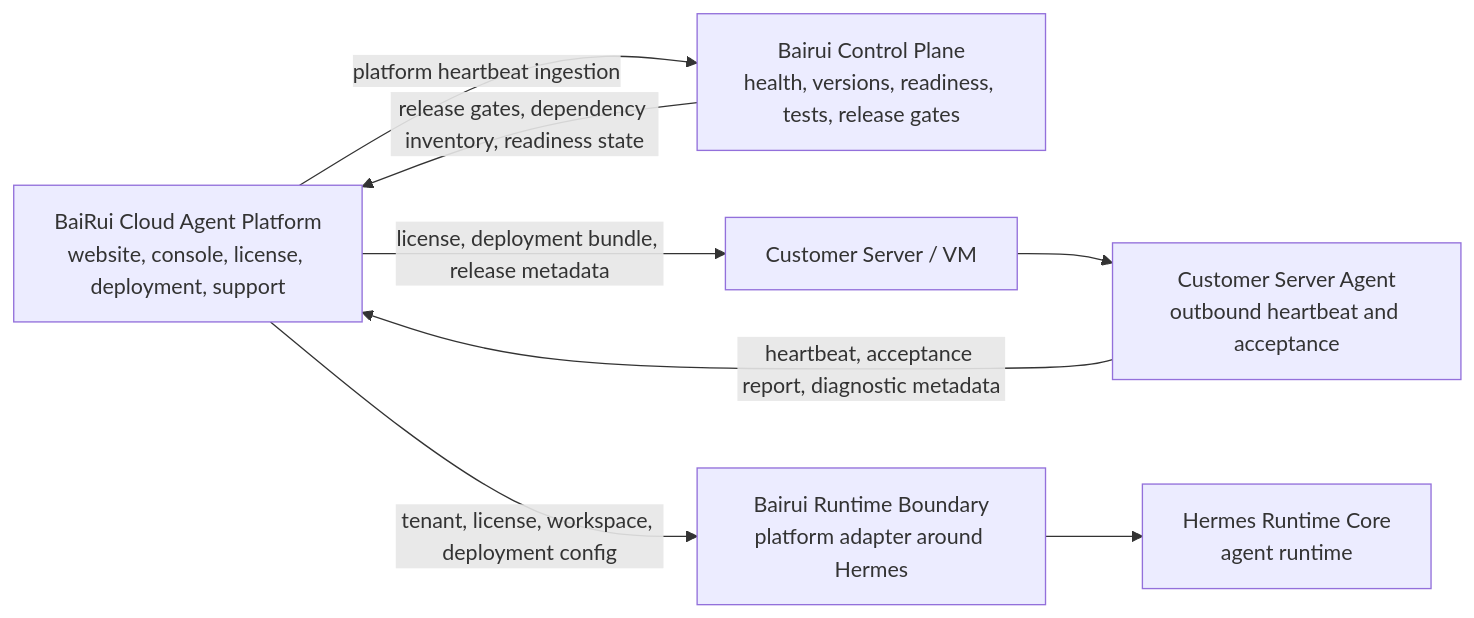
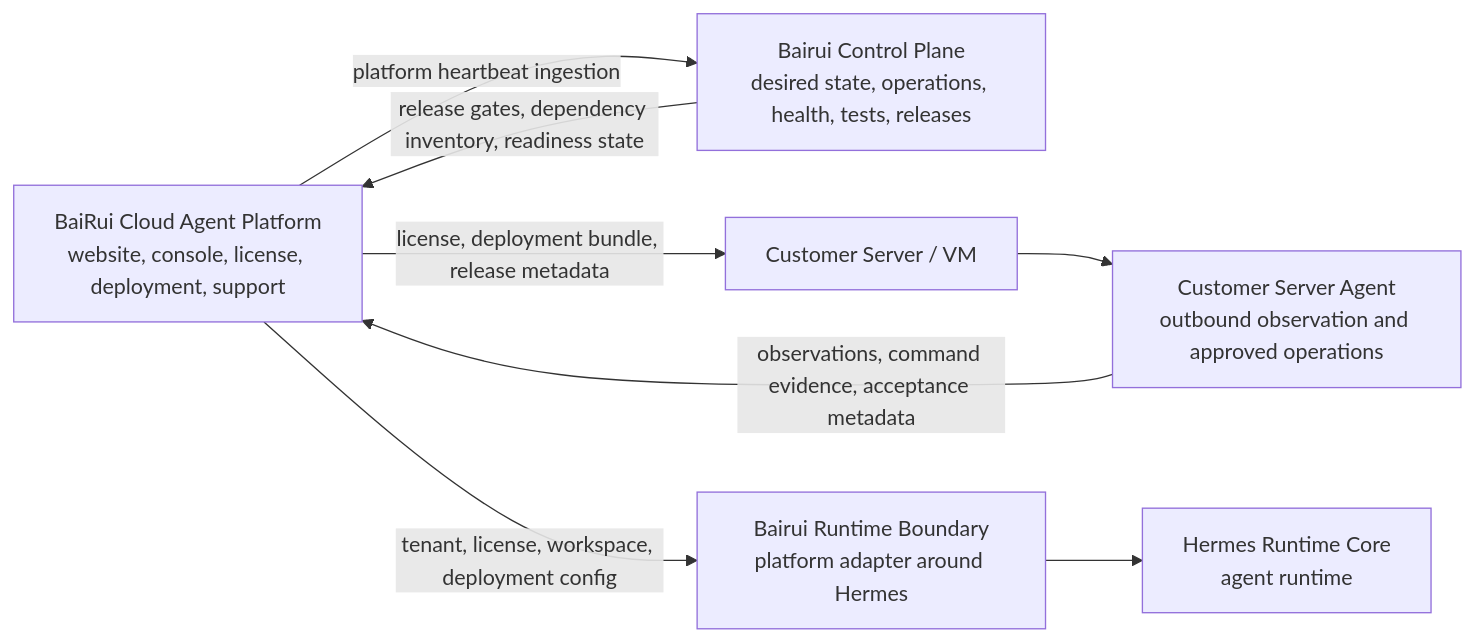
Before and after one commit to LUTAO581314/BaiRui-cloud-agent-platform: the diagram in README.md, drawn with Mermaid. The commit also changed other lines of this file and 14 other files, not shown here.

Commit message:
feat: define production control plane model (#9)

````diff
--- a/README.md
+++ b/README.md
@@ -51,17 +56,17 @@
 ```mermaid
 flowchart LR
   Platform["BaiRui Cloud Agent Platform<br/>website, console, license, deployment, support"]
-  CP["Bairui Control Plane<br/>health, versions, readiness, tests, release gates"]
+  CP["Bairui Control Plane<br/>desired state, operations, health, tests, releases"]
   Boundary["Bairui Runtime Boundary<br/>platform adapter around Hermes"]
   Hermes["Hermes Runtime Core<br/>agent runtime"]
-  ServerAgent["Customer Server Agent<br/>outbound heartbeat and acceptance"]
+  ServerAgent["Customer Server Agent<br/>outbound observation and approved operations"]
   Customer["Customer Server / VM"]
 
   Platform -->|"license, deployment bundle, release metadata"| Customer
   Customer --> ServerAgent
-  ServerAgent -->|"heartbeat, acceptance report, diagnostic metadata"| Platform
+  ServerAgent -->|"observations, command evidence, acceptance metadata"| Platform
   Platform -->|"platform heartbeat ingestion"| CP
   CP -->|"release gates, dependency inventory, readiness state"| Platform
   Platform -->|"tenant, license, workspace, deployment config"| Boundary
   Boundary --> Hermes
 ```
````
